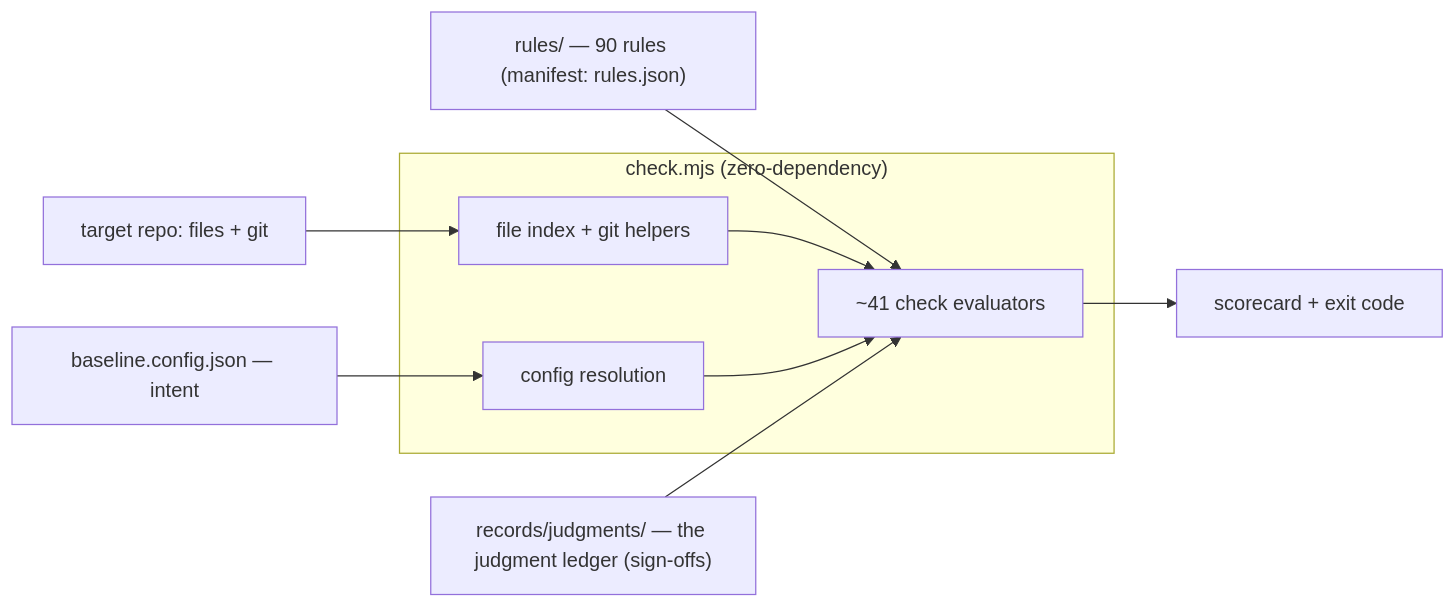
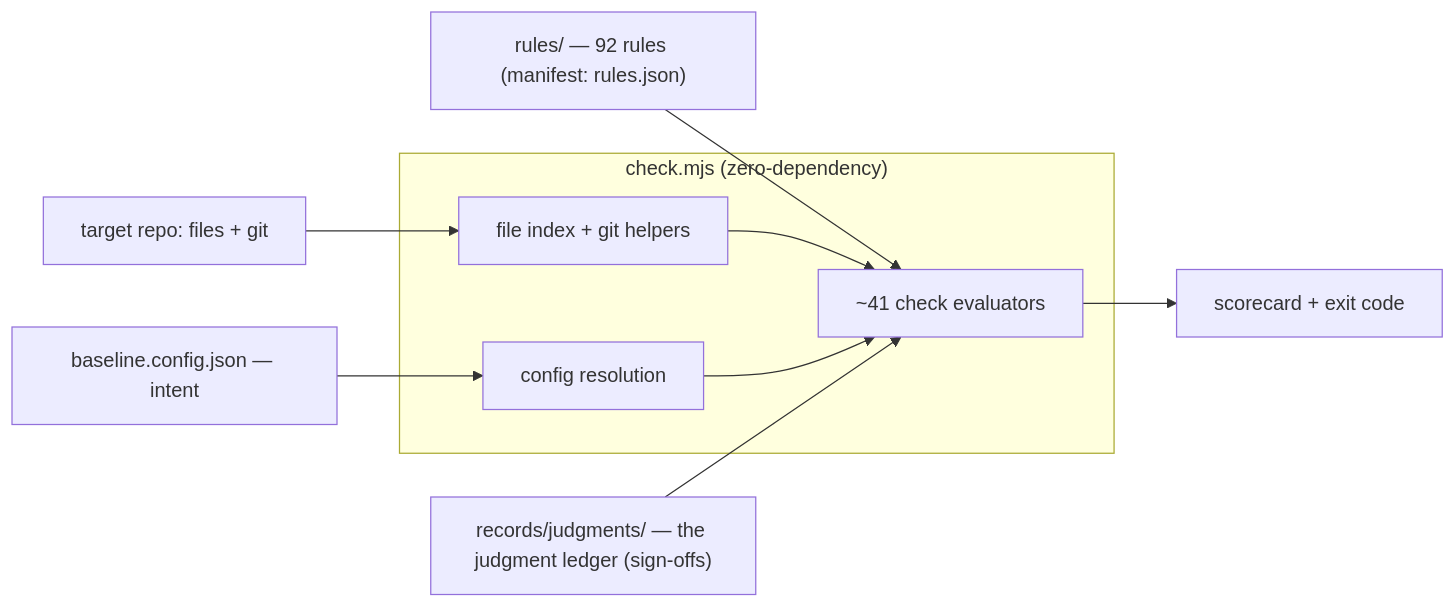
One commit to AdarGit008/baseline-skill changed the first of 3 diagrams in REFERENCE.md. Above: the diagram before and after it, drawn with Mermaid. The commit also changed other lines of this file and 18 other files, not shown here.

````diff
--- a/REFERENCE.md
+++ b/REFERENCE.md
@@ -58,12 +58,12 @@
 ```mermaid
 flowchart LR
   CFG["baseline.config.json — intent"] --> RES
-  RULES["rules/ — 90 rules (manifest: rules.json)"] --> EVAL
+  RULES["rules/ — 92 rules (manifest: rules.json)"] --> EVAL
   REPO["target repo: files + git"] --> IDX
   subgraph ENGINE["check.mjs (zero-dependency)"]
     IDX["file index + git helpers"] --> EVAL["~41 check evaluators"]
     RES["config resolution"] --> EVAL
   end
   SO["records/judgments/ — the judgment ledger (sign-offs)"] --> EVAL
   EVAL --> OUT["scorecard + exit code"]
 ```
````
